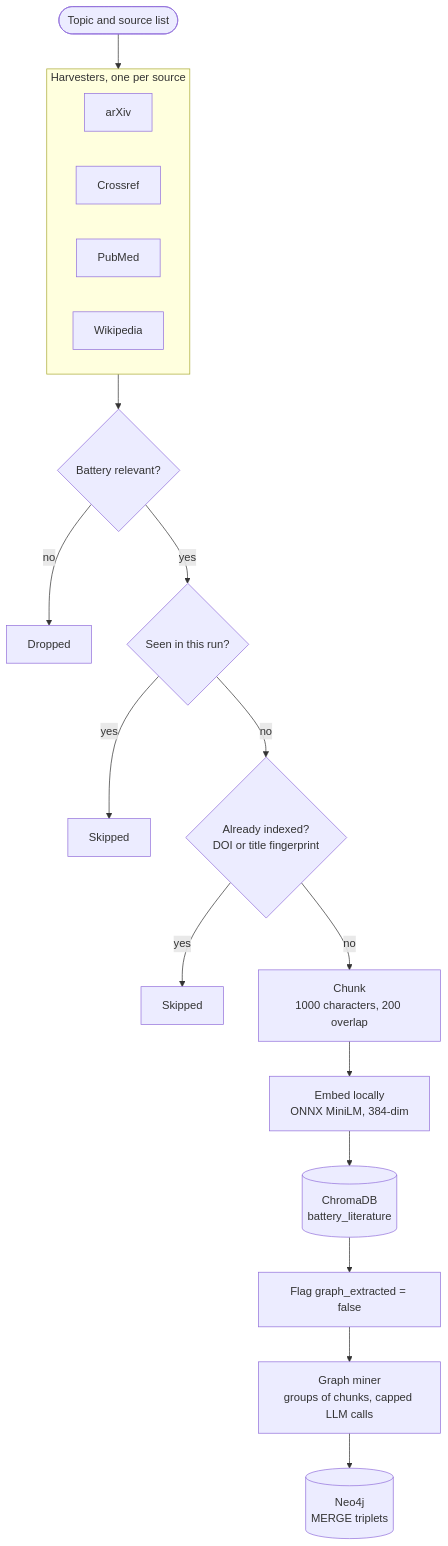
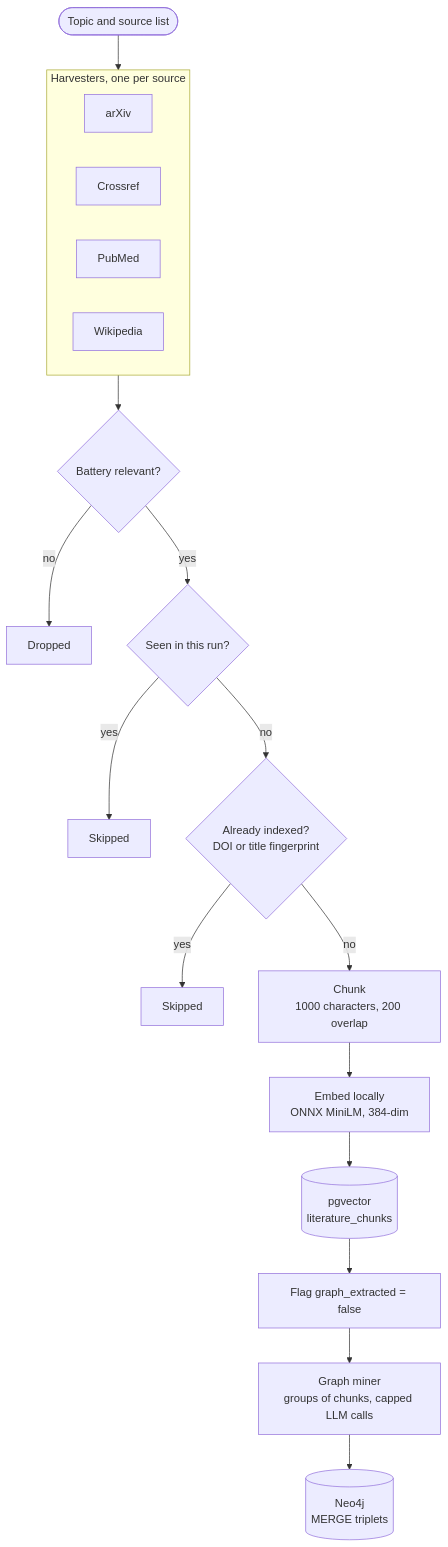
One commit to Rahul-8283/AURA_Data_Driven changed the ninth of 27 diagrams in README.md. Above: the diagram before and after it, drawn with Mermaid. The commit also changed other lines of this file and 3 other files, not shown here.

First line of the commit message:
docs: document pgvector storage and remove ChromaDB references

````diff
--- a/README.md
+++ b/README.md
@@ -494,25 +491,25 @@
 ```mermaid
 flowchart TD
     q(["Topic and source list"]) --> h
 
     subgraph h["Harvesters, one per source"]
         direction LR
         a1["arXiv"]
         a2["Crossref"]
         a3["PubMed"]
         a4["Wikipedia"]
     end
 
     h --> r{"Battery relevant?"}
     r -->|"no"| x1["Dropped"]
     r -->|"yes"| d1{"Seen in this run?"}
     d1 -->|"yes"| x2["Skipped"]
     d1 -->|"no"| d2{"Already indexed?<br/>DOI or title fingerprint"}
     d2 -->|"yes"| x3["Skipped"]
     d2 -->|"no"| c["Chunk<br/>1000 characters, 200 overlap"]
     c --> e["Embed locally<br/>ONNX MiniLM, 384-dim"]
-    e --> u[("ChromaDB<br/>battery_literature")]
+    e --> u[("pgvector<br/>literature_chunks")]
     u --> f["Flag graph_extracted = false"]
     f --> m["Graph miner<br/>groups of chunks, capped LLM calls"]
     m --> n[("Neo4j<br/>MERGE triplets")]
 ```
````
